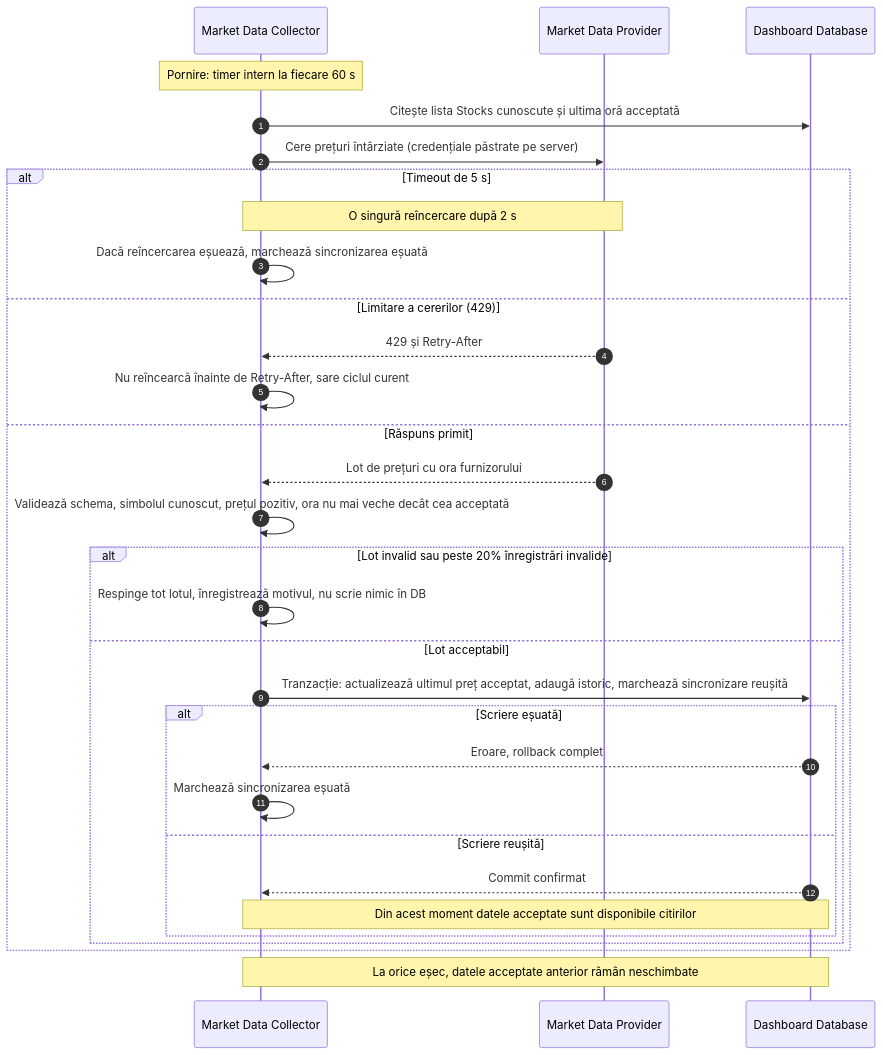
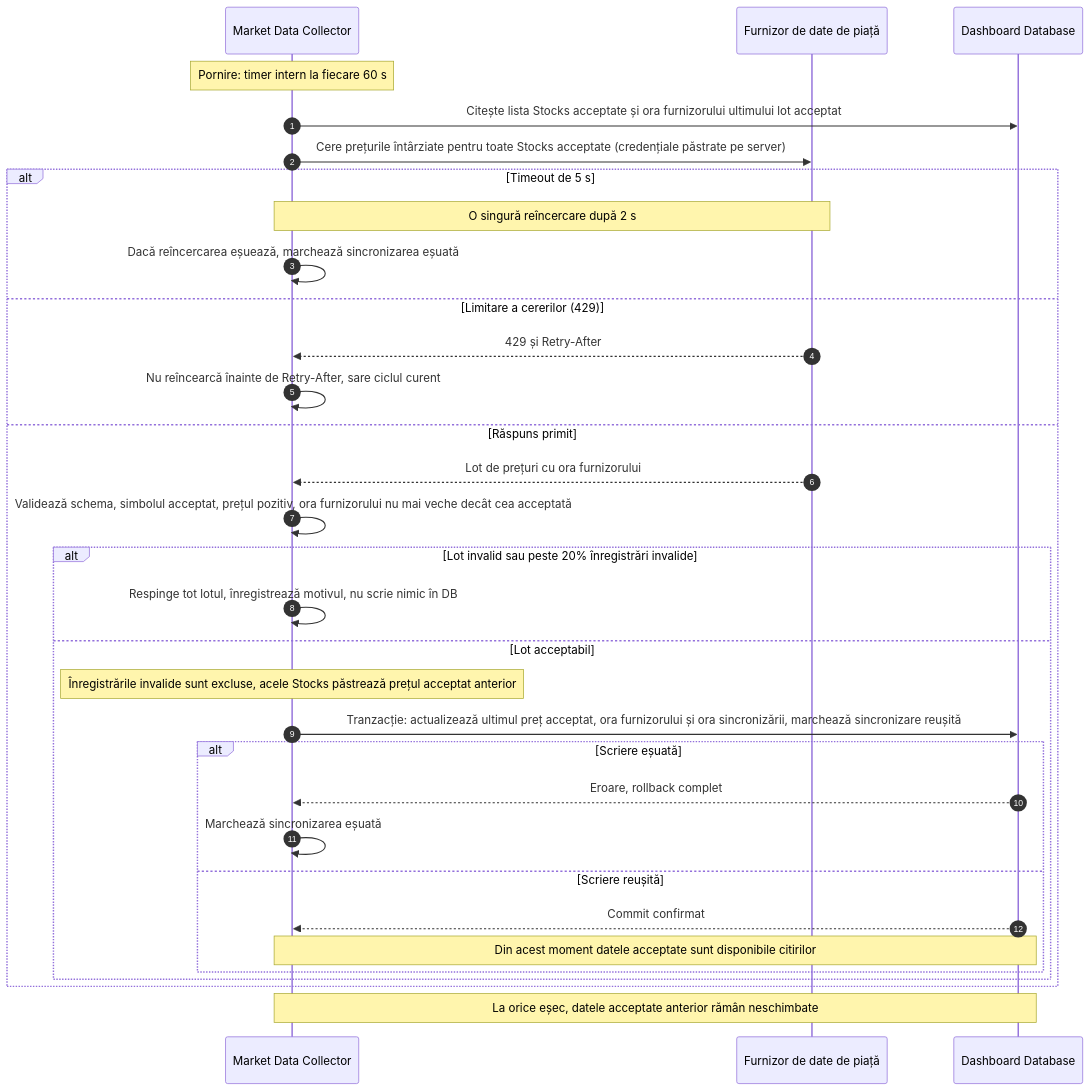
The fourth of 6 diagrams in Sd/lab3/solution.md (DucaAleXD/Proiectarea-sistemelor-informatice), drawn with Mermaid before and after one commit. The commit also changed other lines of this file, not shown here.

````diff
--- a/Sd/lab3/solution.md
+++ b/Sd/lab3/solution.md
@@ -130,38 +87,39 @@
 ```mermaid
 sequenceDiagram
     autonumber
     participant Collector as Market Data Collector
-    participant Provider as Market Data Provider
+    participant Furnizor as Furnizor de date de piață
     participant DB as Dashboard Database
 
     Note over Collector: Pornire: timer intern la fiecare 60 s
-    Collector->>DB: Citește lista Stocks cunoscute și ultima oră acceptată
-    Collector->>Provider: Cere prețuri întârziate (credențiale păstrate pe server)
+    Collector->>DB: Citește lista Stocks acceptate și ora furnizorului ultimului lot acceptat
+    Collector->>Furnizor: Cere prețurile întârziate pentru toate Stocks acceptate (credențiale păstrate pe server)
 
     alt Timeout de 5 s
-        Note over Collector,Provider: O singură reîncercare după 2 s
+        Note over Collector,Furnizor: O singură reîncercare după 2 s
         Collector->>Collector: Dacă reîncercarea eșuează, marchează sincronizarea eșuată
     else Limitare a cererilor (429)
-        Provider-->>Collector: 429 și Retry-After
+        Furnizor-->>Collector: 429 și Retry-After
         Collector->>Collector: Nu reîncearcă înainte de Retry-After, sare ciclul curent
     else Răspuns primit
-        Provider-->>Collector: Lot de prețuri cu ora furnizorului
-        Collector->>Collector: Validează schema, simbolul cunoscut, prețul pozitiv, ora nu mai veche decât cea acceptată
+        Furnizor-->>Collector: Lot de prețuri cu ora furnizorului
+        Collector->>Collector: Validează schema, simbolul acceptat, prețul pozitiv, ora furnizorului nu mai veche decât cea acceptată
 
         alt Lot invalid sau peste 20% înregistrări invalide
             Collector->>Collector: Respinge tot lotul, înregistrează motivul, nu scrie nimic în DB
         else Lot acceptabil
-            Collector->>DB: Tranzacție: actualizează ultimul preț acceptat, adaugă istoric, marchează sincronizare reușită
+            Note over Collector: Înregistrările invalide sunt excluse, acele Stocks păstrează prețul acceptat anterior
+            Collector->>DB: Tranzacție: actualizează ultimul preț acceptat, ora furnizorului și ora sincronizării, marchează sincronizare reușită
 
             alt Scriere eșuată
                 DB-->>Collector: Eroare, rollback complet
                 Collector->>Collector: Marchează sincronizarea eșuată
             else Scriere reușită
                 DB-->>Collector: Commit confirmat
                 Note over Collector,DB: Din acest moment datele acceptate sunt disponibile citirilor
             end
         end
     end
 
     Note over Collector,DB: La orice eșec, datele acceptate anterior rămân neschimbate
 ```
````
